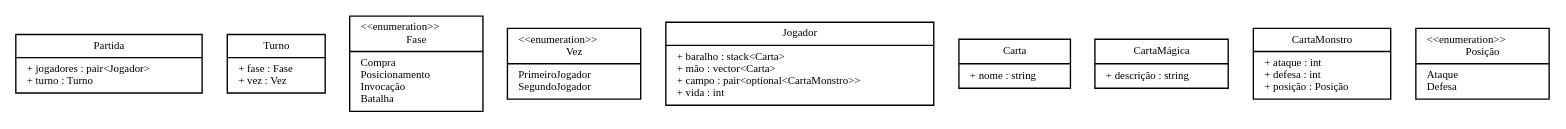
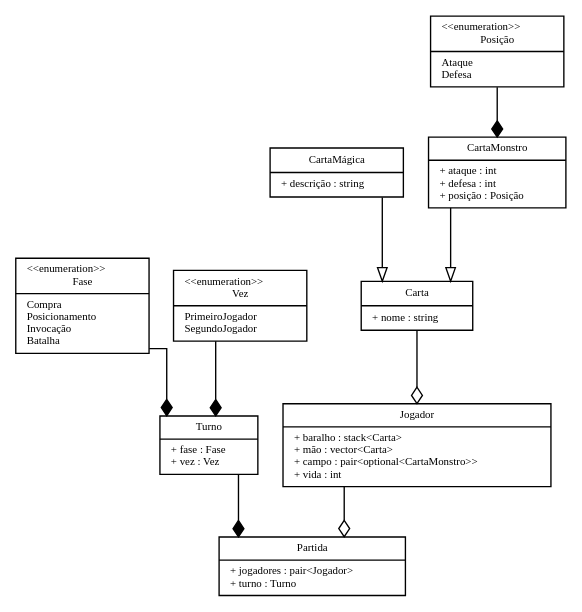
Before and after one commit to pds2/20191-team-5: the diagram in Documentação/classDiagram.dot, drawn with Graphviz.

Commit message:
add class associations

```diff
--- a/Documentação/classDiagram.dot
+++ b/Documentação/classDiagram.dot
@@ -1,92 +1,115 @@
-digraph G {
+digraph ClassDiagram {
 	fontname = "Bitstream Vera Sans"
   fontsize = 8
   splines = "ortho"
 
   node [
     fontname = "Bitstream Vera Sans"
     fontsize = 8
     shape = "record"
   ]
 
   edge [
     fontname = "Bitstream Vera Sans"
     fontsize = 8
   ]
 
 	// Classes  
   Partida [
   	label = "{ Partida
       |
       + jogadores : pair\<Jogador\> \l
       + turno : Turno \l
     }"
   ]
   
   Turno [
     label = "{ Turno
       |
       + fase : Fase \l
       + vez : Vez \l
     }"
   ]
   
   Fase [
     label = "{ \<\<enumeration\>\> \l Fase
       |
       Compra \l
       Posicionamento \l
       Invocação \l
       Batalha \l
     }"
   ]
   
   Vez [
     label = "{ \<\<enumeration\>\> \l Vez
       |
       PrimeiroJogador \l
       SegundoJogador \l
     }"
   ]
 
   Jogador [
   	label = "{ Jogador
       |
       + baralho : stack\<Carta\> \l
       + mão : vector\<Carta\> \l
       + campo : pair\<optional\<CartaMonstro\>\> \l
       + vida : int \l
     }"
   ]
   
   Carta [
     label = "{ Carta
       |
       + nome : string \l
     }"
   ]
   
   CartaMágica [
     label = "{ CartaMágica
       |
       + descrição : string \l
     }"
   ]
   
   CartaMonstro [
     label = "{ CartaMonstro
       |
       + ataque : int \l
       + defesa : int \l
       + posição : Posição \l
     }"
   ]
   
   Posição [
     label = "{ \<\<enumeration\>\> \l Posição
       |
       Ataque \l
       Defesa \l
     }"
   ]
+
+	// Heranças
+  edge [
+    arrowhead = "empty"
+  ]
+  
+  CartaMágica -> Carta
+  CartaMonstro -> Carta
+  
+  // Composições
+  edge [
+    arrowhead = "diamond"
+  ]
+  Vez -> Turno
+  Fase -> Turno
+  Turno -> Partida
+  Posição -> CartaMonstro
+  
+  edge [
+    arrowhead = "odiamond"
+  ]
+  Carta -> Jogador
+  Jogador -> Partida
 }
```
